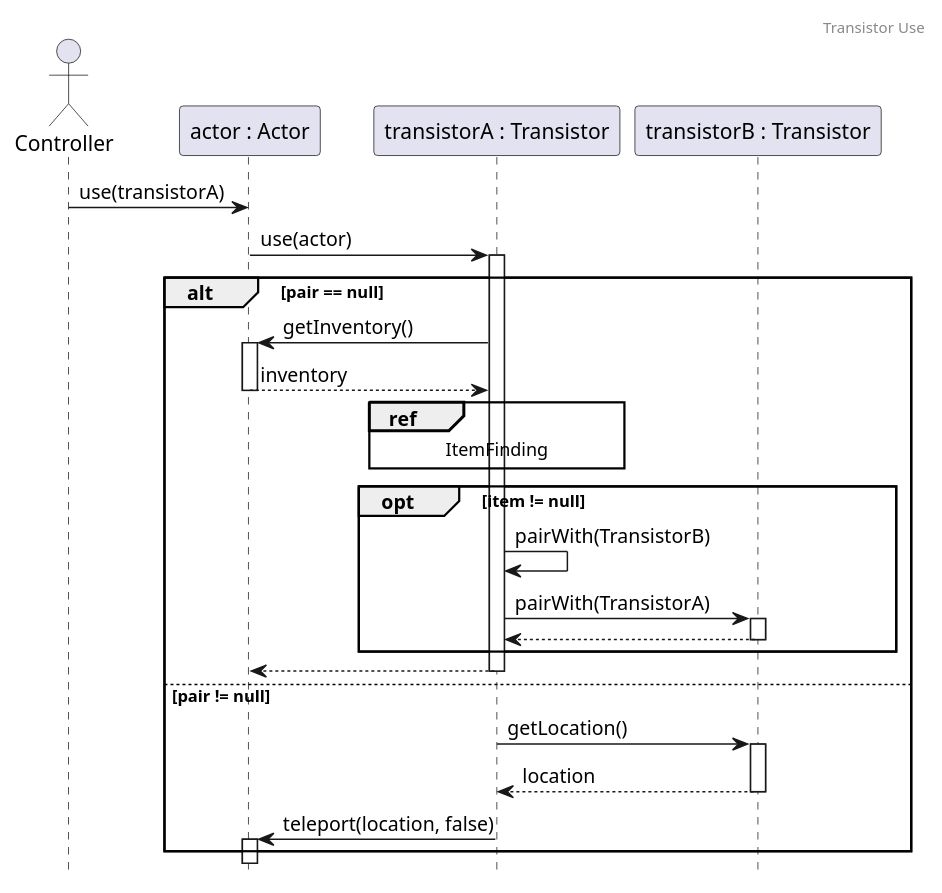
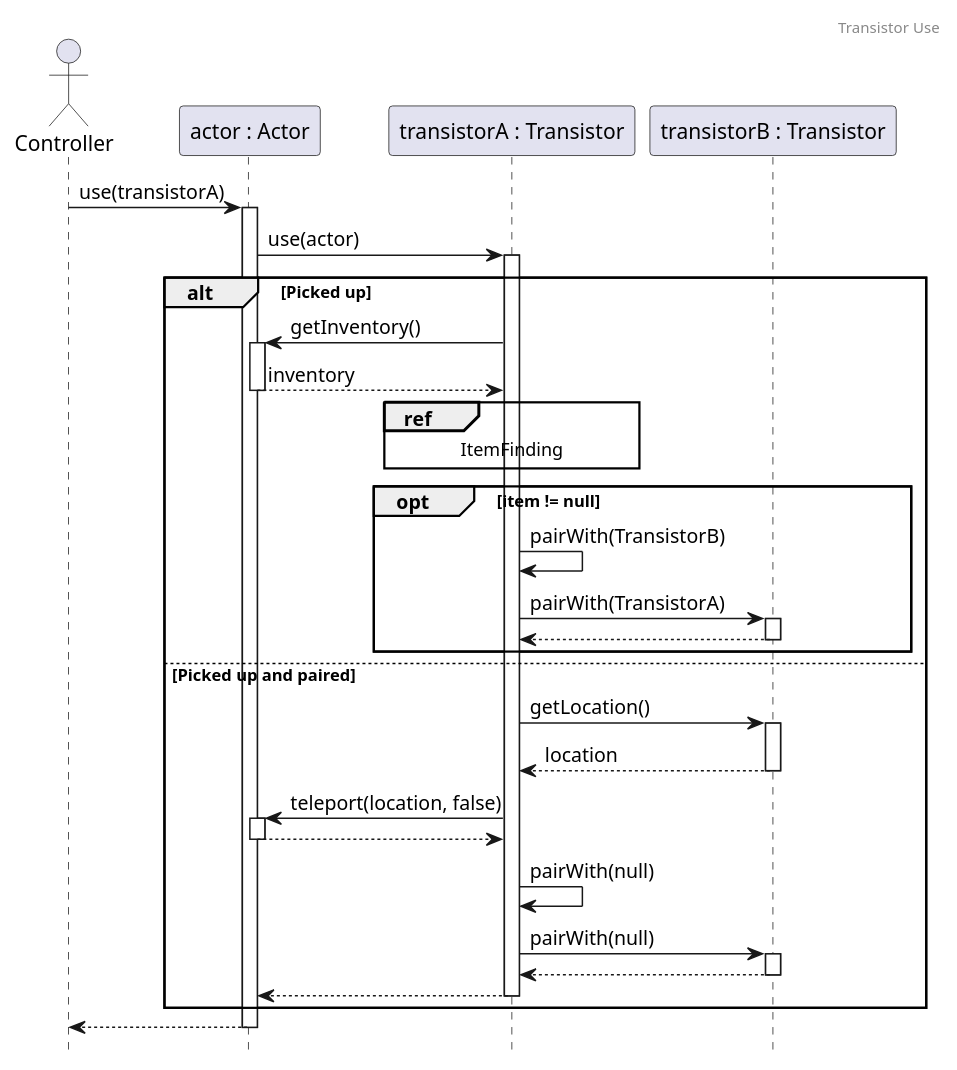
One commit to Kristof-me/Logarlec changed the diagram in docs/sequence/TransistorUse.puml. Above: the diagram before and after it, drawn with PlantUML. The commit also changed 2 other files, not shown here.

Commit message:
Add transistor and camembert diagrams

```diff
--- a/docs/sequence/TransistorUse.puml
+++ b/docs/sequence/TransistorUse.puml
@@ -1,32 +1,39 @@
 @startuml TransistorUse
 header Transistor Use
 hide footbox
 
 actor Controller
 participant actor as "actor : Actor"
 participant t1 as "transistorA : Transistor"
 participant t2 as "transistorB : Transistor"
 
-Controller -> actor: use(transistorA)
+Controller -> actor++: use(transistorA)
 actor -> t1++: use(actor)
 
-alt pair == null
+alt Picked up
 
     t1 -> actor++: getInventory()
     return inventory
     ref over t1: ItemFinding
 
     opt  item != null
         t1 -> t1: pairWith(TransistorB)
         t1 -> t2++: pairWith(TransistorA)
         return
     end
-    return
-else pair != null
+else Picked up and paired
     t1 -> t2++: getLocation()
     return location
+    
     t1 -> actor++: teleport(location, false)
+    return
+    
+    t1 -> t1: pairWith(null)
+
+    t1 -> t2++: pairWith(null)
+    return
+
+    return
 end
-' work in progress
-
+return
 @enduml
```
